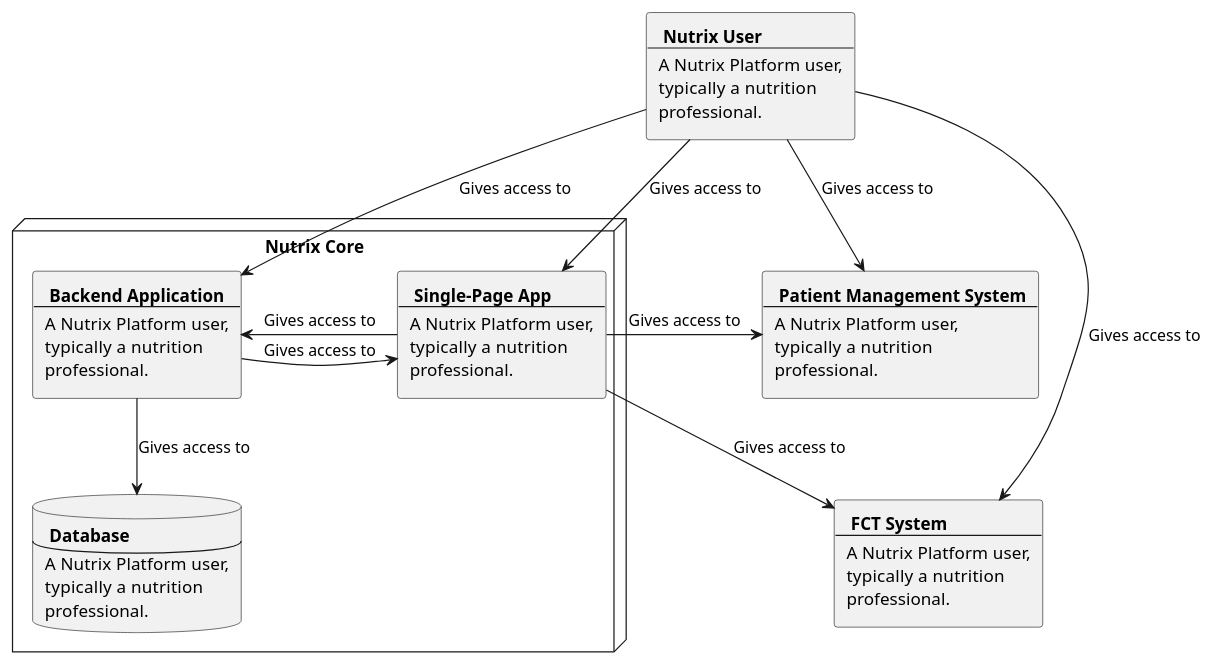
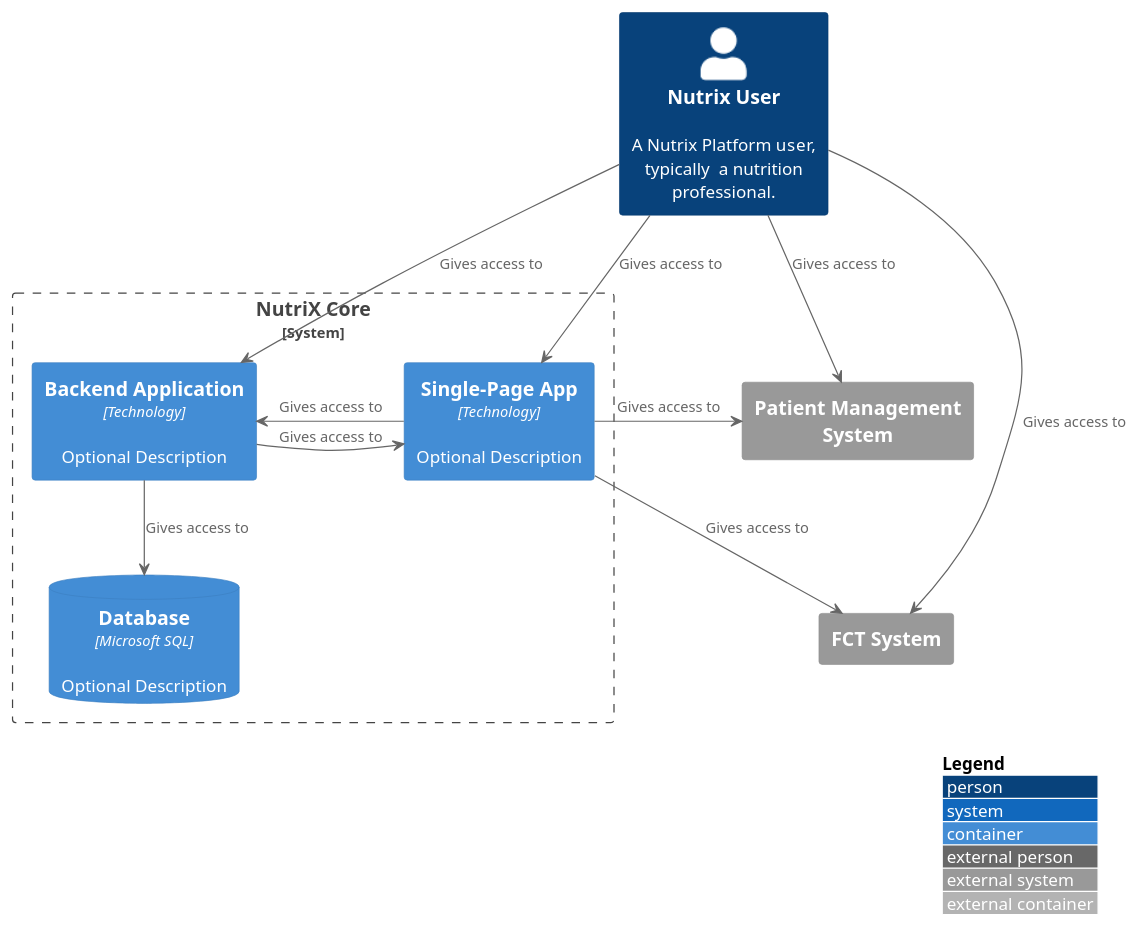
One commit to josueMerino/practiceUML changed the diagram in Container.plantuml. Above: the diagram before and after it, drawn with PlantUML.

Commit message:
Added C4 style lib

```diff
--- a/Container.plantuml
+++ b/Container.plantuml
@@ -1,67 +1,33 @@
 @startuml
 
+!include https://raw.githubusercontent.com/plantuml-stdlib/C4-PlantUML/master/C4_Container.puml
 
-rectangle nutrixUser[
-    <b> Nutrix User 
-    ----
-    A Nutrix Platform user,
-    typically  a nutrition
-    professional.
-]
+LAYOUT_WITH_LEGEND()
 
-Node "Nutrix Core"{
+Person(nutrixUser, "Nutrix User", "A Nutrix Platform user, typically  a nutrition professional.")
 
 
-rectangle Backend_Application[
-    <b> Backend Application
-    ----
-    A Nutrix Platform user,
-    typically  a nutrition
-    professional.
-]
+System_Boundary(c1, "NutriX Core") {
 
-rectangle Single_Page_App[
-    <b> Single-Page App
-    ----
-    A Nutrix Platform user,
-    typically  a nutrition
-    professional.
-]
+    Container(Backend_Application, "Backend Application", "Technology", "Optional Description")
+    Container(Single_Page_App, "Single-Page App", "Technology", "Optional Description")
 
-Database Database[
-    <b> Database
-    ----
-    A Nutrix Platform user,
-    typically  a nutrition
-    professional.
-]
+    ContainerDb(Database, "Database", "Microsoft SQL", "Optional Description")
 
 }
 
-rectangle Patient_Management_System[
-    <b> Patient Management System
-    ----
-    A Nutrix Platform user,
-    typically  a nutrition
-    professional.
-]
+System_Ext(Patient_Management_System, "Patient Management System")
+System_Ext(FCT_System, "FCT System")
 
-rectangle FCT_System[
-    <b> FCT System
-    ----
-    A Nutrix Platform user,
-    typically  a nutrition
-    professional.
-]
 
 [nutrixUser] --> [Backend_Application]: Gives access to
 [nutrixUser] --> [Single_Page_App]: Gives access to
 [Backend_Application] --> [Database]: Gives access to
 [Backend_Application] <- [Single_Page_App]: Gives access to
 [Backend_Application] -> [Single_Page_App]: Gives access to
 [nutrixUser] --> [FCT_System]: Gives access to
 [nutrixUser] --> [Patient_Management_System]: Gives access to
 [Single_Page_App] --> [FCT_System]: Gives access to
 [Single_Page_App] -> [Patient_Management_System]: Gives access to
 
 @enduml
```
